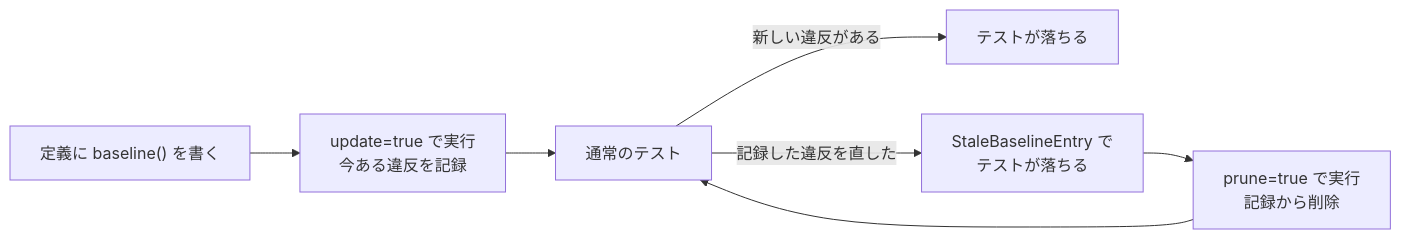
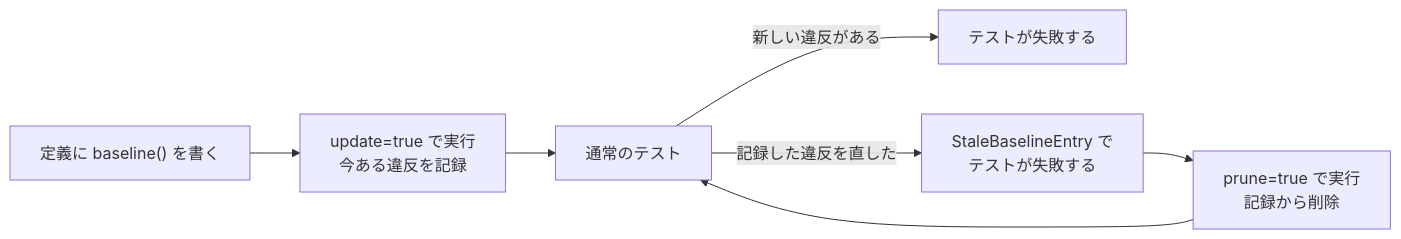
The diagram in docs/src/content/docs/ja/guides/baseline.mdx (TBSten/katachi), drawn with Mermaid before and after one commit. The commit also changed other lines of this file and 42 other files, not shown here.

````diff
--- a/docs/src/content/docs/ja/guides/baseline.mdx
+++ b/docs/src/content/docs/ja/guides/baseline.mdx
@@ -18,9 +20,9 @@
 ```mermaid
 flowchart LR
     Def["定義に baseline() を書く"] --> Update["update=true で実行<br/>今ある違反を記録"]
     Update --> Check["通常のテスト"]
-    Check -->|新しい違反がある| Fail1["テストが落ちる"]
-    Check -->|記録した違反を直した| Fail2["StaleBaselineEntry で<br/>テストが落ちる"]
+    Check -->|新しい違反がある| Fail1["テストが失敗する"]
+    Check -->|記録した違反を直した| Fail2["StaleBaselineEntry で<br/>テストが失敗する"]
     Fail2 --> Prune["prune=true で実行<br/>記録から削除"]
     Prune --> Check
 ```
````
